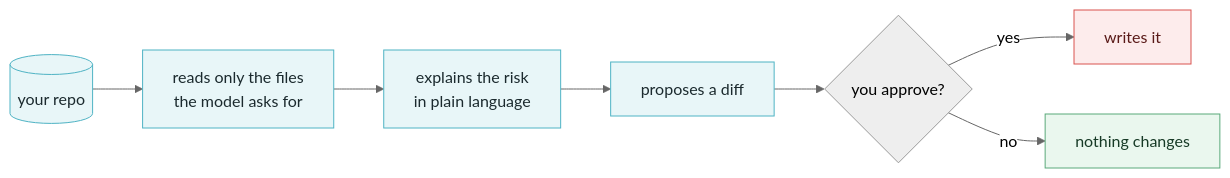
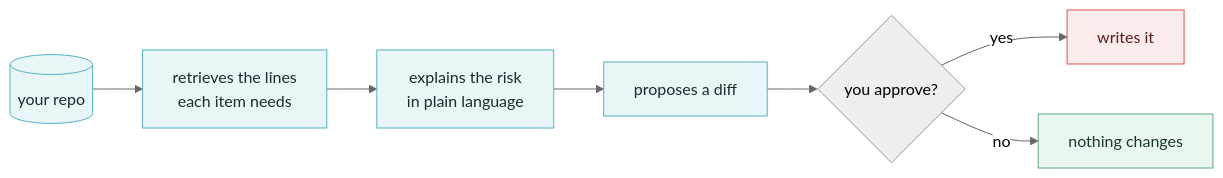
One commit to lindenthomaslin/vibeguard changed the diagram in README.md. Above: the diagram before and after it, drawn with Mermaid (neutral theme). The commit also changed other lines of this file and 3 other files, not shown here.

````diff
--- a/README.md
+++ b/README.md
@@ -43,16 +43,16 @@
 ```mermaid
 flowchart LR
-    A[("your repo")] --> B["reads only the files<br/>the model asks for"]
+    A[("your repo")] --> B["retrieves the lines<br/>each item needs"]
     B --> C["explains the risk<br/>in plain language"]
     C --> D["proposes a diff"]
     D --> E{"you approve?"}
     E -->|yes| F["writes it"]
     E -->|no| G["nothing changes"]
 
     classDef read fill:#E8F6F8,stroke:#4FB3C4,color:#1B2A2E
     classDef write fill:#FDECEC,stroke:#D9534F,color:#5A1A18
     classDef ok fill:#EAF7EE,stroke:#5AA97A,color:#173A26
     class A,B,C,D read
     class F write
     class G ok
 ```
````
